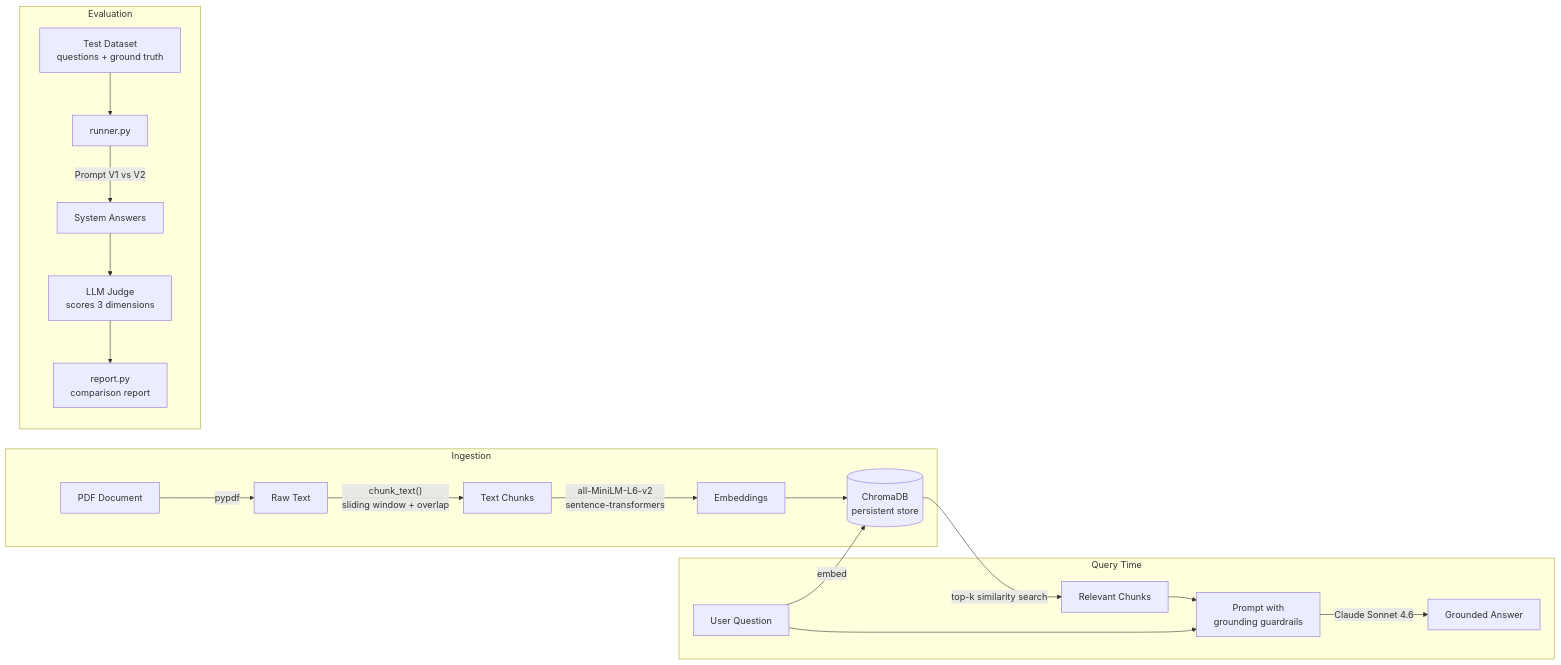
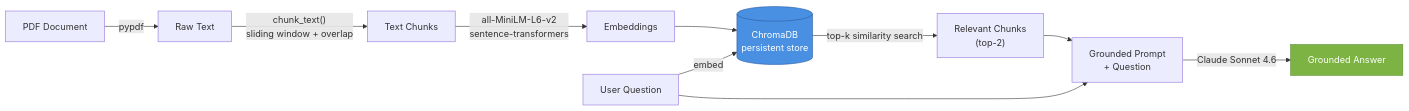
One commit to michaelong-ai/Michael-RAG-Evaluation-Framework changed the first of 2 diagrams in README.MD. Above: the diagram before and after it, drawn with Mermaid. The commit also changed other lines of this file and 8 other files, not shown here.

First line of the commit message:
Expand evaluation framework: 6→15 questions + add V3 prompt

````diff
--- a/README.MD
+++ b/README.MD
@@ -33,24 +36,16 @@
 ```mermaid
 flowchart LR
-    subgraph Ingestion
-        A[PDF Document] -->|pypdf| B[Raw Text]
-        B -->|"chunk_text()<br/>sliding window + overlap"| C[Text Chunks]
-        C -->|"all-MiniLM-L6-v2<br/>sentence-transformers"| D[Embeddings]
-        D --> E[(ChromaDB<br/>persistent store)]
-    end
-
-    subgraph Query Time
-        Q[User Question] -->|embed| E
-        E -->|top-k similarity search| R[Relevant Chunks]
-        R --> P[Prompt with<br/>grounding guardrails]
-        Q --> P
-        P -->|Claude Sonnet 4.6| ANS[Grounded Answer]
-    end
-
-    subgraph Evaluation
-        DS[Test Dataset<br/>questions + ground truth] --> RUN[runner.py]
-        RUN -->|Prompt V1 vs V2| ANS2[System Answers]
-        ANS2 --> J[LLM Judge<br/>scores 3 dimensions]
-        J --> REP[report.py<br/>comparison report]
-    end
+    A[PDF Document] -->|pypdf| B[Raw Text]
+    B -->|"chunk_text()<br/>sliding window + overlap"| C[Text Chunks]
+    C -->|"all-MiniLM-L6-v2<br/>sentence-transformers"| D[Embeddings]
+    D --> E[(ChromaDB<br/>persistent store)]
+    
+    Q[User Question] -->|embed| E
+    E -->|top-k similarity search| R["Relevant Chunks<br/>(top-2)"]
+    R --> P["Grounded Prompt<br/>+ Question"]
+    Q --> P
+    P -->|Claude Sonnet 4.6| ANS[Grounded Answer]
+    
+    style E fill:#4a90e2,stroke:#2c5aa0,color:#fff
+    style ANS fill:#7cb342,stroke:#558b2f,color:#fff
 ```
````
